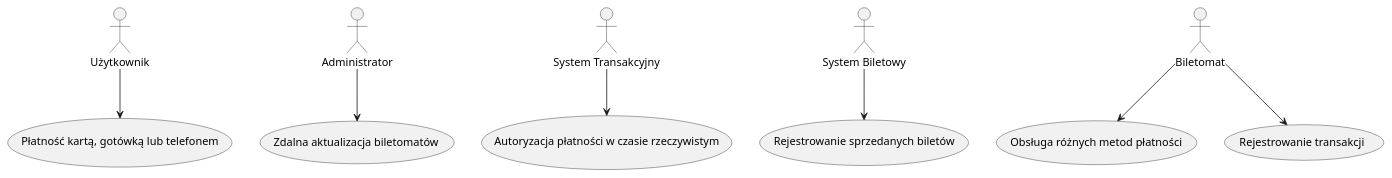
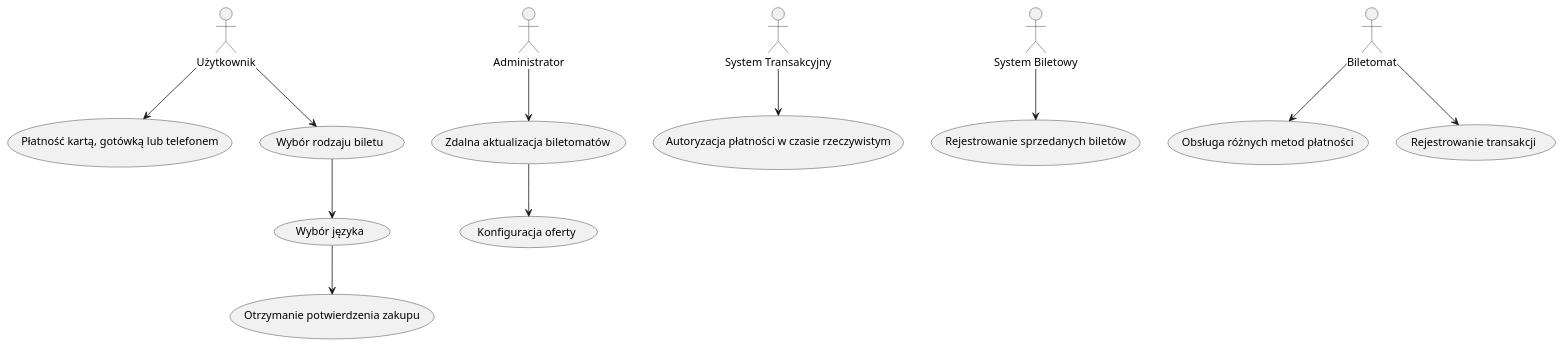
One commit to rusinovi/MWO changed the diagram in diagram_przypadkow_uzycia.puml. Above: the diagram before and after it, drawn with PlantUML.

```diff
--- a/diagram_przypadkow_uzycia.puml
+++ b/diagram_przypadkow_uzycia.puml
@@ -1,25 +1,29 @@
 @startuml
 
 actor Użytkownik
 actor Administrator
 actor "System Transakcyjny" as SystemTransakcyjny
 actor "System Biletowy" as SystemBiletowy
 actor Biletomat
 
 'Użytkownik i biletomat
 Użytkownik --> (Płatność kartą, gotówką lub telefonem)
+Użytkownik --> (Wybór rodzaju biletu)
+(Wybór rodzaju biletu) --> (Wybór języka)
+(Wybór języka) --> (Otrzymanie potwierdzenia zakupu)
 
 'Biletomat
 Biletomat --> (Obsługa różnych metod płatności)
 Biletomat --> (Rejestrowanie transakcji)
 
 'System transakcyjny
 SystemTransakcyjny --> (Autoryzacja płatności w czasie rzeczywistym)
 
 'System biletowy
 SystemBiletowy --> (Rejestrowanie sprzedanych biletów)
 
 'Administrator
 Administrator --> (Zdalna aktualizacja biletomatów)
+(Zdalna aktualizacja biletomatów) --> (Konfiguracja oferty)
 
 @enduml
```
